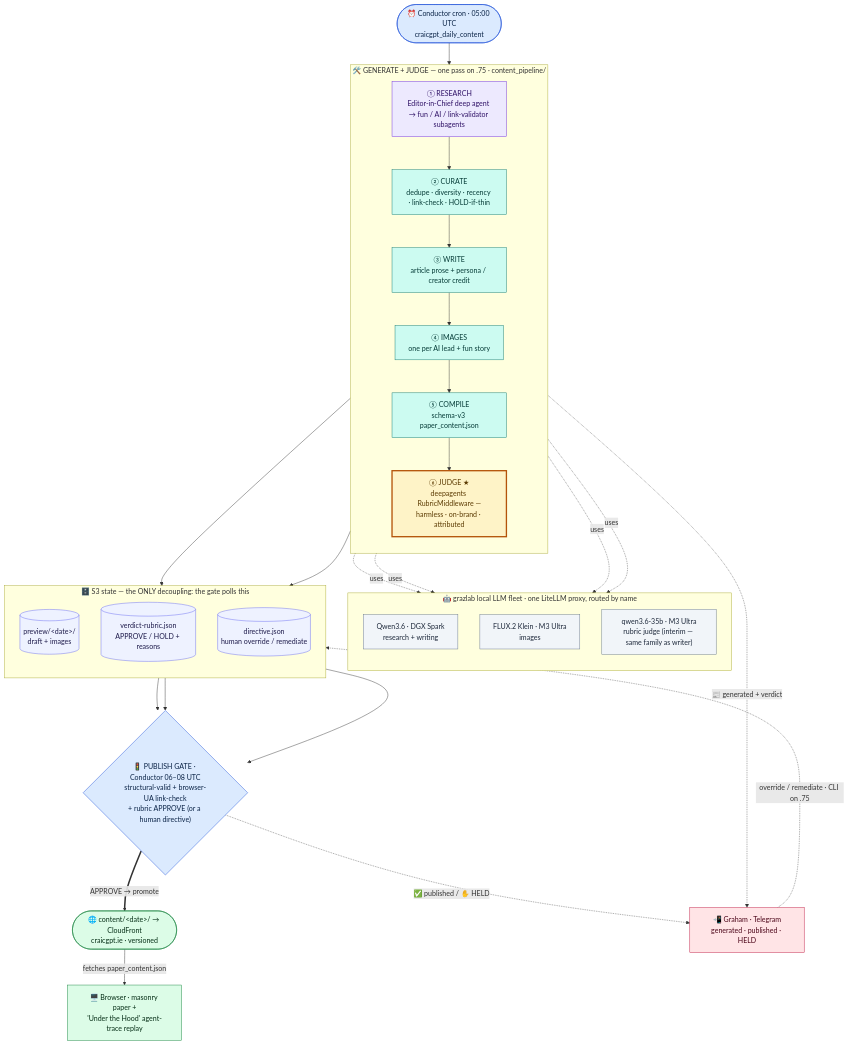
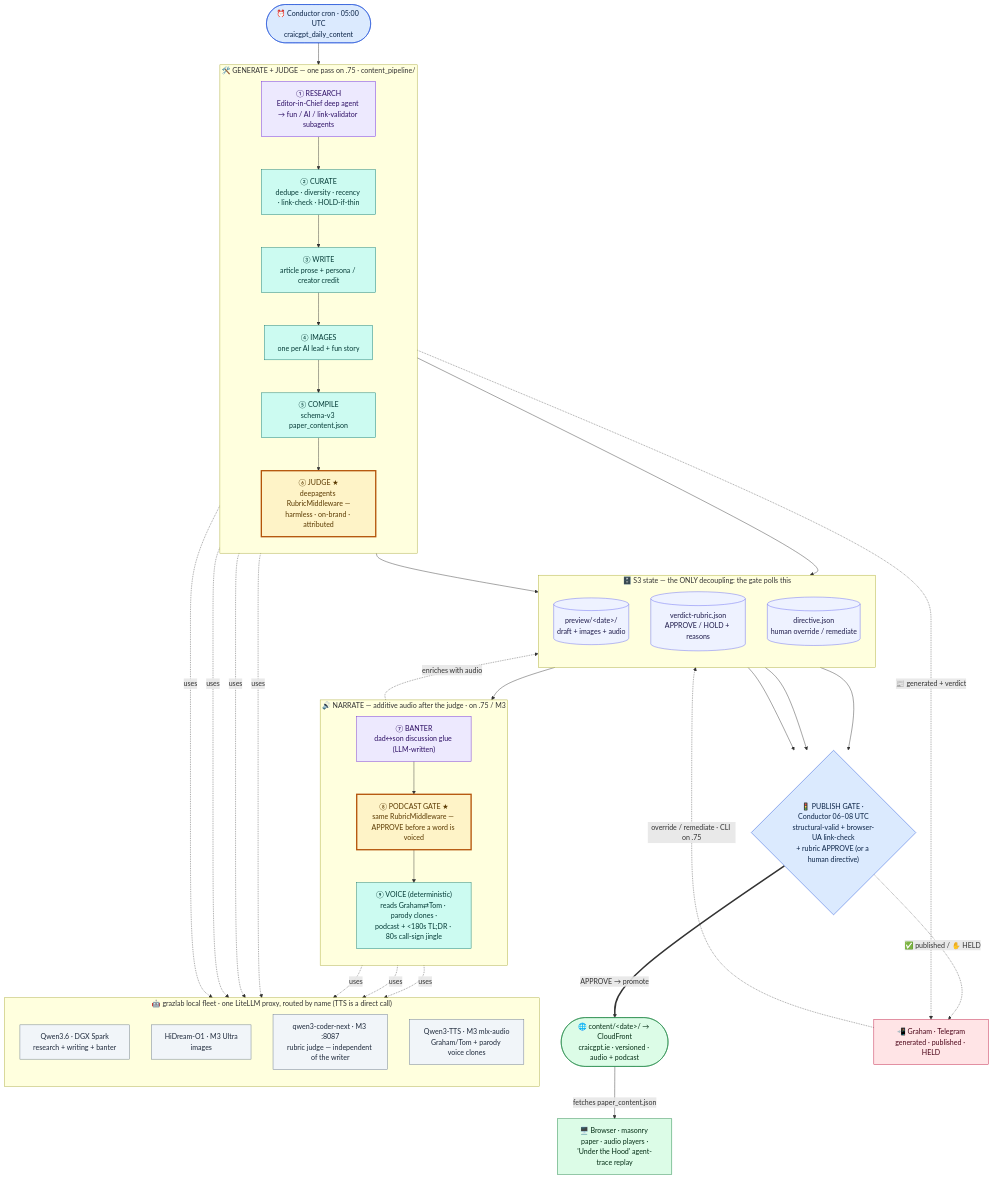
The first of 3 diagrams in README.md (allthingsclowd/craicgpt.ie), drawn with Mermaid before and after one commit. The commit also changed other lines of this file and 8 other files, not shown here.

First line of the commit message:
docs: capture the audio/podcast TTS workflow + independent judge across all diagrams

````diff
--- a/README.md
+++ b/README.md
@@ -63,61 +66,75 @@
 ```mermaid
 flowchart TD
     %% colour by ROLE so the deterministic-vs-LLM split is visible at a glance
     classDef sched fill:#dbeafe,stroke:#1d4ed8,color:#0b2447;
     classDef agent fill:#ede9fe,stroke:#6d28d9,color:#2e1065;
     classDef code  fill:#ccfbf1,stroke:#0f766e,color:#053b37;
     classDef judge fill:#fef3c7,stroke:#b45309,color:#5b3a02,stroke-width:3px;
     classDef model fill:#f1f5f9,stroke:#64748b,color:#1e293b;
     classDef store fill:#eef2ff,stroke:#6366f1,color:#1e1b4b;
     classDef live  fill:#dcfce7,stroke:#15803d,color:#052e16;
     classDef human fill:#ffe4e6,stroke:#be123c,color:#4c0519;
 
     CRON(["⏰ Conductor cron · 05:00 UTC<br/>craicgpt_daily_content"]):::sched
 
     subgraph BUILD["🛠️ GENERATE + JUDGE — one pass on .75 · content_pipeline/"]
         direction TB
         R["① RESEARCH<br/>Editor-in-Chief deep agent → fun / AI / link-validator subagents"]:::agent
         C["② CURATE<br/>dedupe · diversity · recency · link-check · HOLD-if-thin"]:::code
         W["③ WRITE<br/>article prose + persona / creator credit"]:::code
         IMG["④ IMAGES<br/>one per AI lead + fun story"]:::code
         K["⑤ COMPILE<br/>schema-v3 paper_content.json"]:::code
         J["⑥ JUDGE ★<br/>deepagents RubricMiddleware —<br/>harmless · on-brand · attributed"]:::judge
         R --> C --> W --> IMG --> K --> J
     end
 
-    subgraph FLEET["🤖 grazlab local LLM fleet · one LiteLLM proxy, routed by name"]
+    subgraph NARR["🔊 NARRATE — additive audio after the judge · on .75 / M3"]
         direction TB
-        QWEN["Qwen3.6 · DGX Spark<br/>research + writing"]:::model
-        FLUXM["FLUX.2 Klein · M3 Ultra<br/>images"]:::model
-        GEMMA["qwen3.6-35b · M3 Ultra<br/>rubric judge (interim — same family as writer)"]:::model
+        NB["⑦ BANTER<br/>dad↔son discussion glue (LLM-written)"]:::agent
+        NG["⑧ PODCAST GATE ★<br/>same RubricMiddleware — APPROVE before a word is voiced"]:::judge
+        NT["⑨ VOICE (deterministic)<br/>reads Graham⇄Tom · parody clones ·<br/>podcast + &lt;180s TL;DR · 80s call-sign jingle"]:::code
+        NB --> NG --> NT
+    end
+
+    subgraph FLEET["🤖 grazlab local fleet · one LiteLLM proxy, routed by name (TTS is a direct call)"]
+        direction TB
+        QWEN["Qwen3.6 · DGX Spark<br/>research + writing + banter"]:::model
+        IMGM["HiDream-O1 · M3 Ultra<br/>images"]:::model
+        JUDGEM["qwen3-coder-next · M3 :8087<br/>rubric judge — independent of the writer"]:::model
+        TTSM["Qwen3-TTS · M3 mlx-audio<br/>Graham/Tom + parody voice clones"]:::model
     end
 
     subgraph STATE["🗄️ S3 state — the ONLY decoupling: the gate polls this"]
         direction TB
-        DRAFT[("preview/&lt;date&gt;/<br/>draft + images")]:::store
+        DRAFT[("preview/&lt;date&gt;/<br/>draft + images + audio")]:::store
         VRUB[("verdict-rubric.json<br/>APPROVE / HOLD + reasons")]:::store
         DIR[("directive.json<br/>human override / remediate")]:::store
     end
 
     GATE{"🚦 PUBLISH GATE · Conductor 06–08 UTC<br/>structural-valid + browser-UA link-check<br/>+ rubric APPROVE (or a human directive)"}:::sched
 
-    LIVE(["🌐 content/&lt;date&gt;/ → CloudFront<br/>craicgpt.ie · versioned"]):::live
-    WEB["🖥️ Browser · masonry paper +<br/>'Under the Hood' agent-trace replay"]:::live
+    LIVE(["🌐 content/&lt;date&gt;/ → CloudFront<br/>craicgpt.ie · versioned · audio + podcast"]):::live
+    WEB["🖥️ Browser · masonry paper · audio players ·<br/>'Under the Hood' agent-trace replay"]:::live
     GRAHAM["📲 Graham · Telegram<br/>generated · published · HELD"]:::human
 
     %% data flow
     CRON --> R
     R -. uses .-> QWEN
     W -. uses .-> QWEN
-    IMG -. uses .-> FLUXM
-    J -. uses .-> GEMMA
+    IMG -. uses .-> IMGM
+    J -. uses .-> JUDGEM
     J --> DRAFT & VRUB
     J -. "📰 generated + verdict" .-> GRAHAM
+    DRAFT --> NB
+    NB -. uses .-> QWEN
+    NG -. uses .-> JUDGEM
+    NT -. uses .-> TTSM
+    NT -. "enriches with audio" .-> DRAFT
     DRAFT --> GATE
     VRUB --> GATE
     DIR --> GATE
     GRAHAM -. "override / remediate · CLI on .75" .-> DIR
     GATE ==>|"APPROVE → promote"| LIVE
     GATE -. "✅ published / ✋ HELD" .-> GRAHAM
     LIVE -->|fetches paper_content.json| WEB
 ```
````
